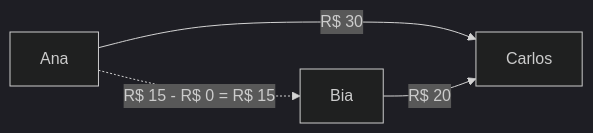
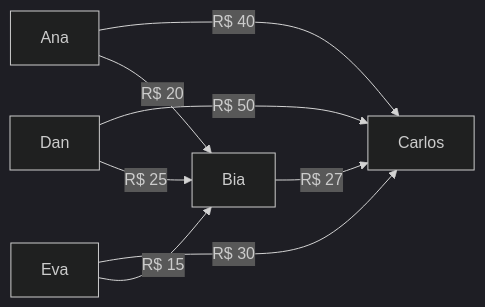
The second of 4 diagrams in README.md (tprei/dividimos), drawn with Mermaid (dark theme) before and after one commit. The commit also changed other lines of this file and 1 other file, not shown here.

````diff
--- a/README.md
+++ b/README.md
@@ -154,6 +154,10 @@
 ```mermaid
 graph LR
-    A[Ana] -->|R$ 30| C[Carlos]
-    B[Bia] -->|R$ 20| C
-    A -.->|"R$ 15 - R$ 0 = R$ 15"| B
+    A[Ana] -->|R$ 40| C[Carlos]
+    A -->|R$ 20| B[Bia]
+    D[Dan] -->|R$ 50| C
+    D -->|R$ 25| B
+    E[Eva] -->|R$ 30| C
+    E -->|R$ 15| B
+    B -->|R$ 27| C
 ```
````
